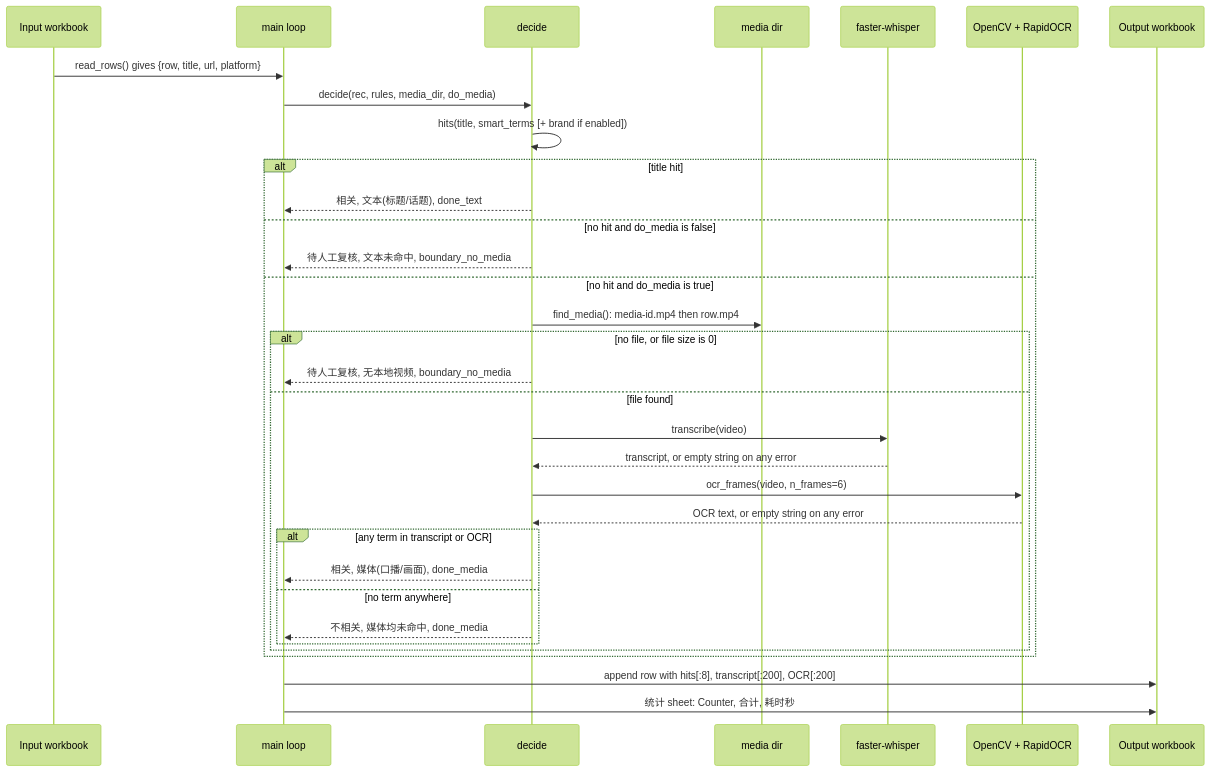
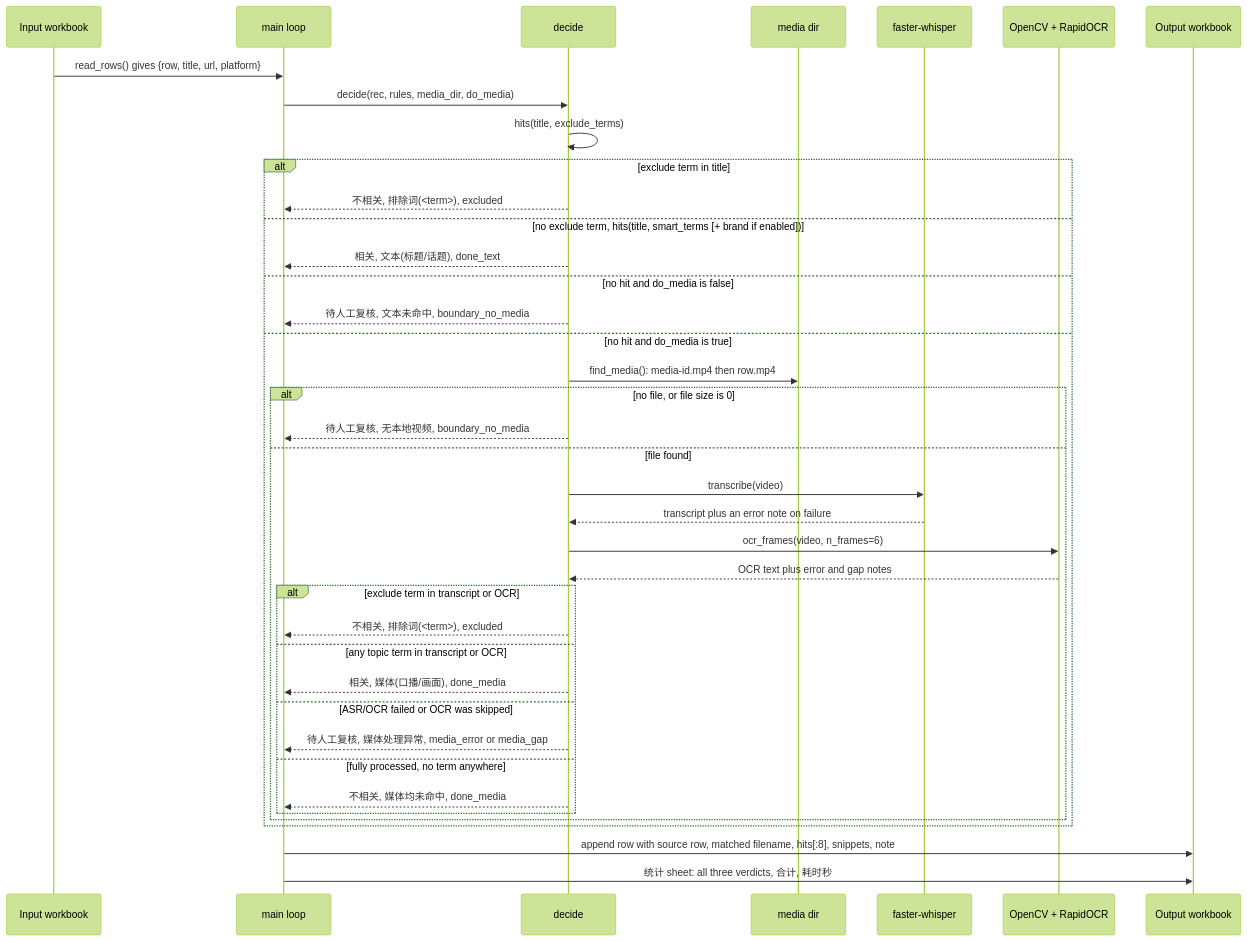
Before and after one commit to Ethan-upgrade/sv-topic-screener: the second of 6 diagrams in README.md, drawn with Mermaid (forest theme). The commit also changed other lines of this file and 4 other files, not shown here.

First line of the commit message:
fix: honour exclude terms, surface media failures and keep source rows

````diff
--- a/README.md
+++ b/README.md
@@ -159,36 +178,42 @@
 ```mermaid
 sequenceDiagram
     participant X as Input workbook
     participant M as main loop
     participant D as decide
     participant FS as media dir
     participant W as faster-whisper
     participant O as OpenCV + RapidOCR
     participant OB as Output workbook
 
     X->>M: read_rows() gives {row, title, url, platform}
     M->>D: decide(rec, rules, media_dir, do_media)
-    D->>D: hits(title, smart_terms [+ brand if enabled])
-    alt title hit
+    D->>D: hits(title, exclude_terms)
+    alt exclude term in title
+        D-->>M: 不相关, 排除词(<term>), excluded
+    else no exclude term, hits(title, smart_terms [+ brand if enabled])
         D-->>M: 相关, 文本(标题/话题), done_text
     else no hit and do_media is false
         D-->>M: 待人工复核, 文本未命中, boundary_no_media
     else no hit and do_media is true
         D->>FS: find_media(): media-id.mp4 then row.mp4
         alt no file, or file size is 0
             D-->>M: 待人工复核, 无本地视频, boundary_no_media
         else file found
             D->>W: transcribe(video)
-            W-->>D: transcript, or empty string on any error
+            W-->>D: transcript plus an error note on failure
             D->>O: ocr_frames(video, n_frames=6)
-            O-->>D: OCR text, or empty string on any error
-            alt any term in transcript or OCR
+            O-->>D: OCR text plus error and gap notes
+            alt exclude term in transcript or OCR
+                D-->>M: 不相关, 排除词(<term>), excluded
+            else any topic term in transcript or OCR
                 D-->>M: 相关, 媒体(口播/画面), done_media
-            else no term anywhere
+            else ASR/OCR failed or OCR was skipped
+                D-->>M: 待人工复核, 媒体处理异常, media_error or media_gap
+            else fully processed, no term anywhere
                 D-->>M: 不相关, 媒体均未命中, done_media
             end
         end
     end
-    M->>OB: append row with hits[:8], transcript[:200], OCR[:200]
-    M->>OB: 统计 sheet: Counter, 合计, 耗时秒
+    M->>OB: append row with source row, matched filename, hits[:8], snippets, note
+    M->>OB: 统计 sheet: all three verdicts, 合计, 耗时秒
 ```
````
